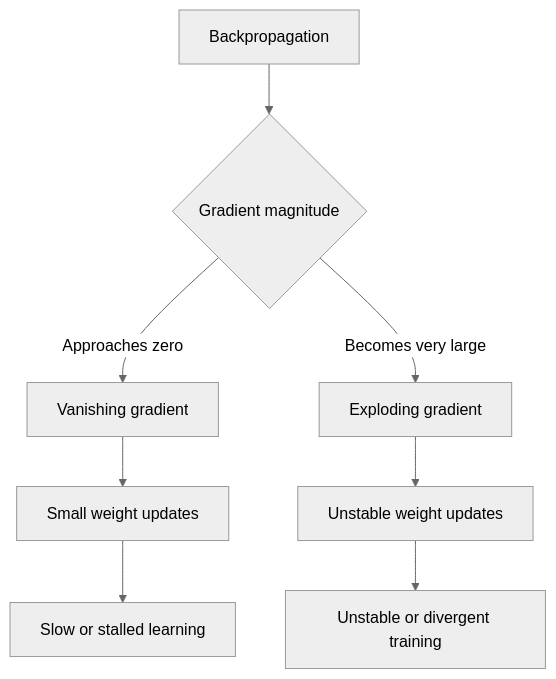
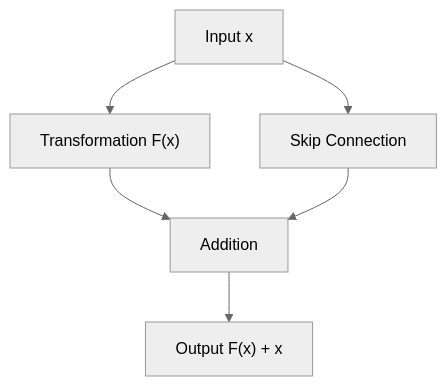
The seventh of 10 diagrams in 07_Vanishing Gradient Problem in ANN/README.md (swapnil3104/deep-learning-journey), drawn with Mermaid (neutral theme) before and after one commit. The commit also changed other lines of this file and 1 other file, not shown here.

Commit message:
Update 07_Vanishing Gradient Problem in ANN/README.md

````diff
--- a/07_Vanishing Gradient Problem in ANN/README.md
+++ b/07_Vanishing Gradient Problem in ANN/README.md
@@ -729,10 +815,8 @@
 ``` mermaid
 flowchart TD
-    A[Backpropagation] --> B{Gradient magnitude}
-    B -->|Approaches zero| C[Vanishing gradient]
-    B -->|Becomes very large| D[Exploding gradient]
-    C --> E[Small weight updates]
-    D --> F[Unstable weight updates]
-    E --> G[Slow or stalled learning]
-    F --> H[Unstable or divergent training]
+    A["Input x"] --> B["Transformation F(x)"]
+    B --> D["Addition"]
+    A --> C["Skip Connection"]
+    C --> D
+    D --> E["Output F(x) + x"]
 ```
````
